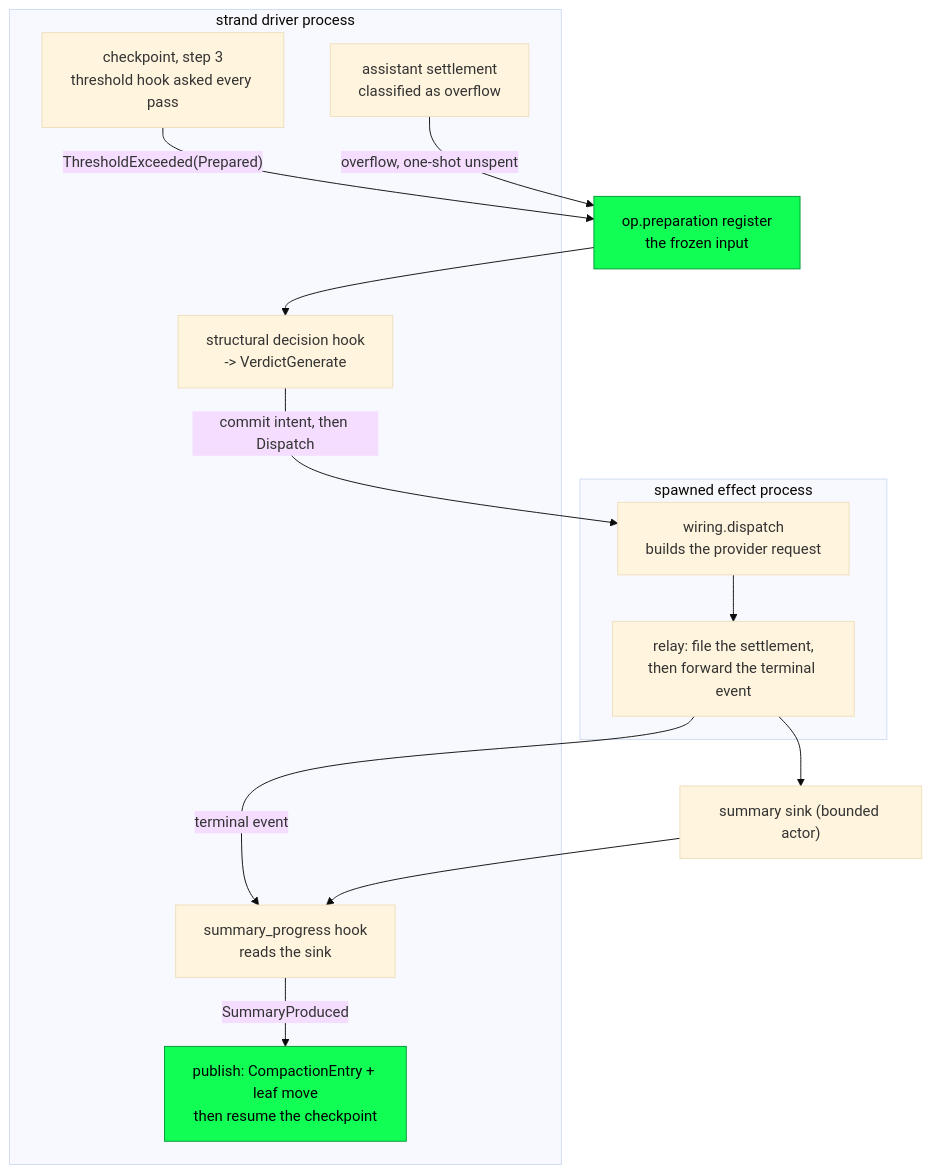
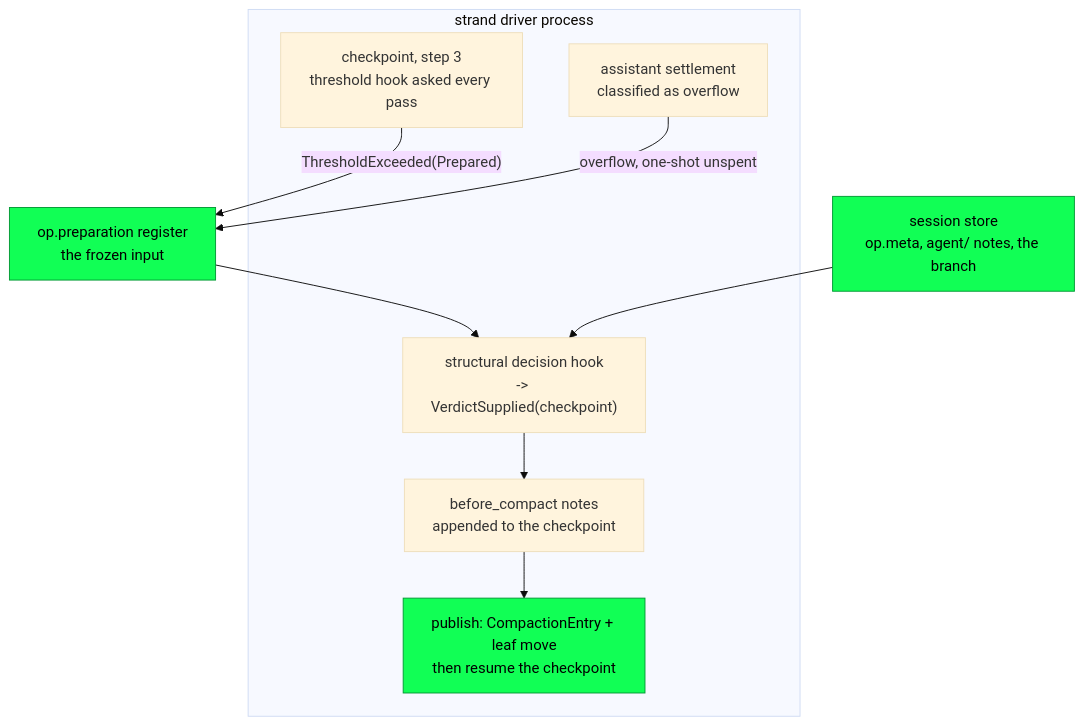
The diagram in docs/architecture/compaction.md (Roasbeef/loom), drawn with Mermaid (base theme) before and after one commit. The commit also changed other lines of this file and 11 other files, not shown here.

First line of the commit message:
docs: describe compaction as the notes checkpoint

````diff
--- a/docs/architecture/compaction.md
+++ b/docs/architecture/compaction.md
@@ -42,31 +157,23 @@
 ```mermaid
 flowchart TB
     subgraph driver["strand driver process"]
         CP["checkpoint, step 3<br/>threshold hook asked every pass"]
         SET["assistant settlement<br/>classified as overflow"]
-        DEC["structural decision hook<br/>-> VerdictGenerate"]
-        PROG["summary_progress hook<br/>reads the sink"]
+        DEC["structural decision hook<br/>-> VerdictSupplied(checkpoint)"]
+        NOTE["before_compact notes<br/>appended to the checkpoint"]
         PUB["publish: CompactionEntry + leaf move<br/>then resume the checkpoint"]
     end
 
-    subgraph effect["spawned effect process"]
-        DISP["wiring.dispatch<br/>builds the provider request"]
-        RELAY["relay: file the settlement,<br/>then forward the terminal event"]
-    end
-
-    SINK["summary sink (bounded actor)"]
     PREP["op.preparation register<br/>the frozen input"]
+    STORE["session store<br/>op.meta, agent/ notes, the branch"]
 
     CP -- "ThresholdExceeded(Prepared)" --> PREP
     SET -- "overflow, one-shot unspent" --> PREP
     PREP --> DEC
-    DEC -- "commit intent, then Dispatch" --> DISP
-    DISP --> RELAY
-    RELAY --> SINK
-    RELAY -- "terminal event" --> PROG
-    SINK --> PROG
-    PROG -- "SummaryProduced" --> PUB
+    STORE --> DEC
+    DEC --> NOTE
+    NOTE --> PUB
 
     classDef durable fill:#1f5,stroke:#093,color:#000;
-    class PREP,PUB durable;
+    class PREP,PUB,STORE durable;
 ```
````
